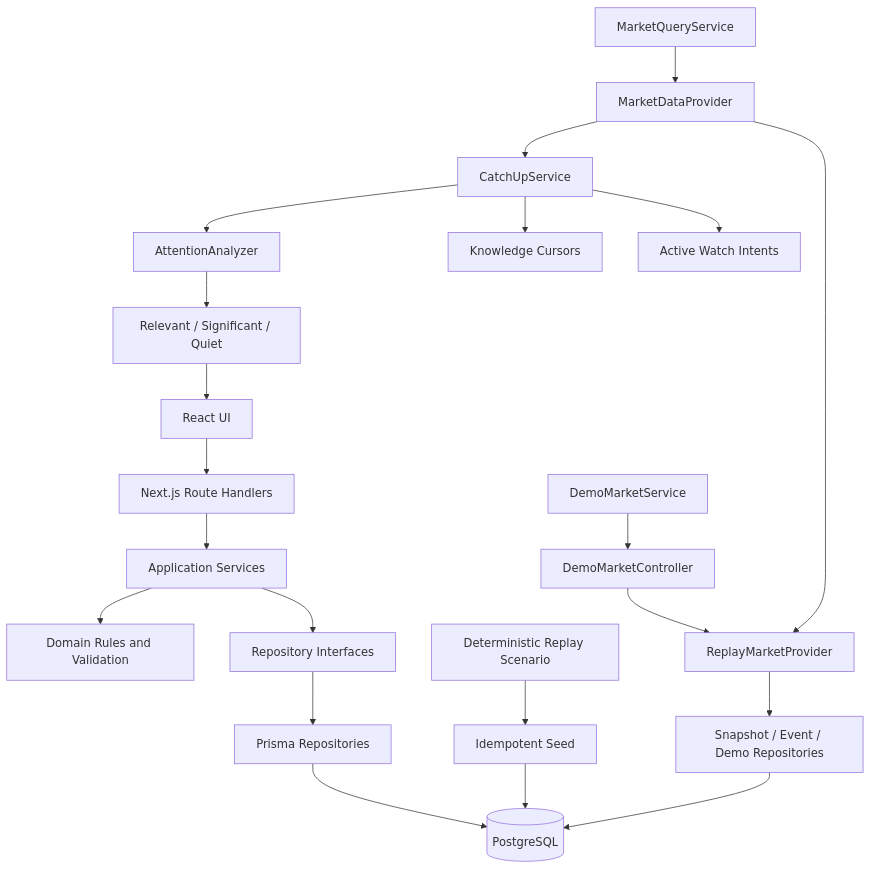
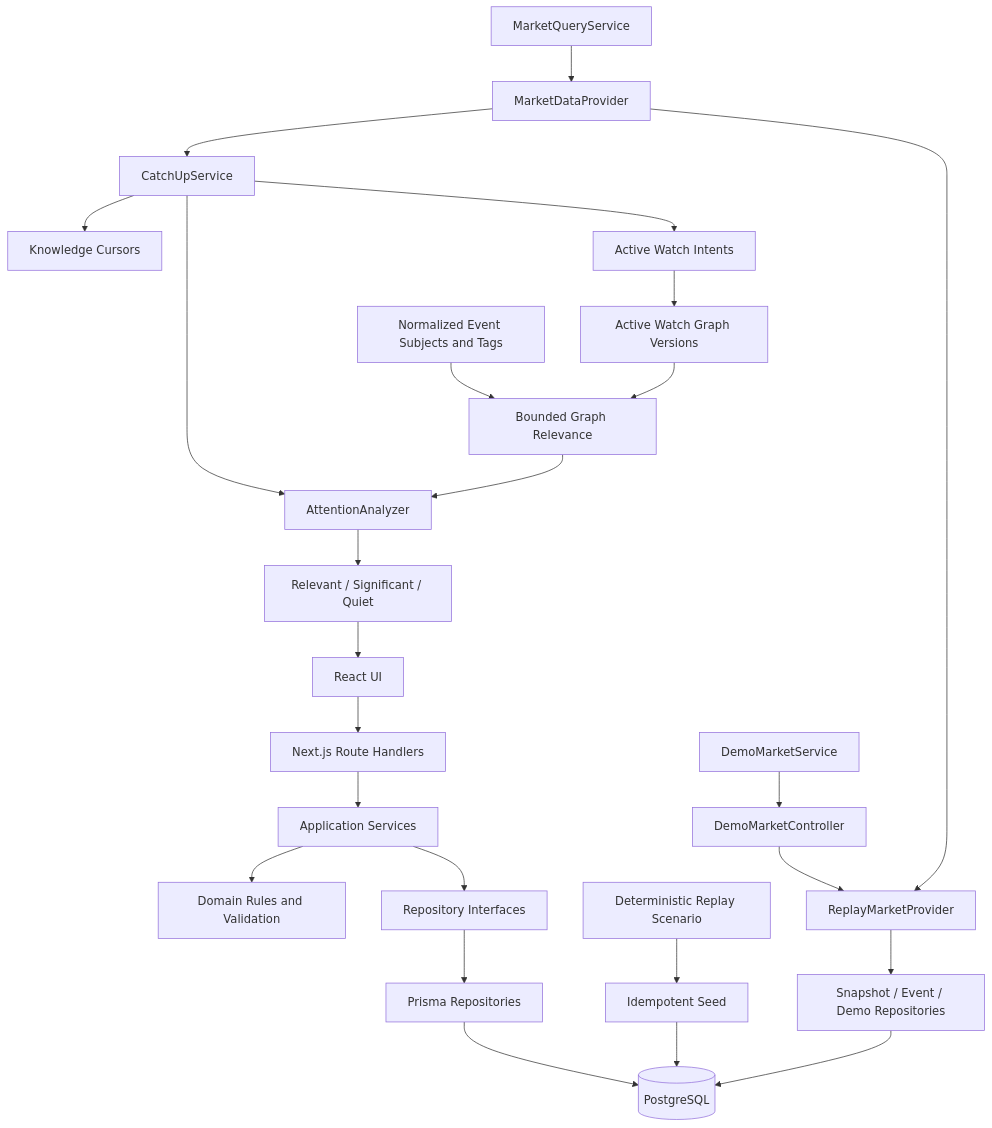
Before and after one commit to sneharc16/groww-delta: the diagram in docs/ARCHITECTURE.md, drawn with Mermaid. The commit also changed other lines of this file and 60 other files, not shown here.

Commit message:
feat: add contextual driver graph and living watchlist

````diff
--- a/docs/ARCHITECTURE.md
+++ b/docs/ARCHITECTURE.md
@@ -5,24 +5,28 @@
 ```mermaid
 flowchart TD
   UI[React UI] --> API[Next.js Route Handlers]
   API --> Services[Application Services]
   Services --> Domain[Domain Rules and Validation]
   Services --> Repositories[Repository Interfaces]
   Repositories --> Prisma[Prisma Repositories]
   Prisma --> PostgreSQL[(PostgreSQL)]
 
   MarketQuery[MarketQueryService] --> Provider[MarketDataProvider]
   DemoService[DemoMarketService] --> DemoControl[DemoMarketController]
   DemoControl --> Replay
   Provider --> Replay[ReplayMarketProvider]
   Replay --> MarketRepos[Snapshot / Event / Demo Repositories]
   Provider --> CatchUp[CatchUpService]
   CatchUp --> Analyzer[AttentionAnalyzer]
   CatchUp --> Cursor[Knowledge Cursors]
   CatchUp --> Intents[Active Watch Intents]
+  Intents --> Graphs[Active Watch Graph Versions]
+  Events[Normalized Event Subjects and Tags] --> GraphMatch[Bounded Graph Relevance]
+  Graphs --> GraphMatch
+  GraphMatch --> Analyzer
   Analyzer --> Lanes[Relevant / Significant / Quiet]
   Lanes --> UI
   Fixture[Deterministic Replay Scenario] --> Seed[Idempotent Seed]
   Seed --> PostgreSQL
   MarketRepos --> PostgreSQL
 ```
````
